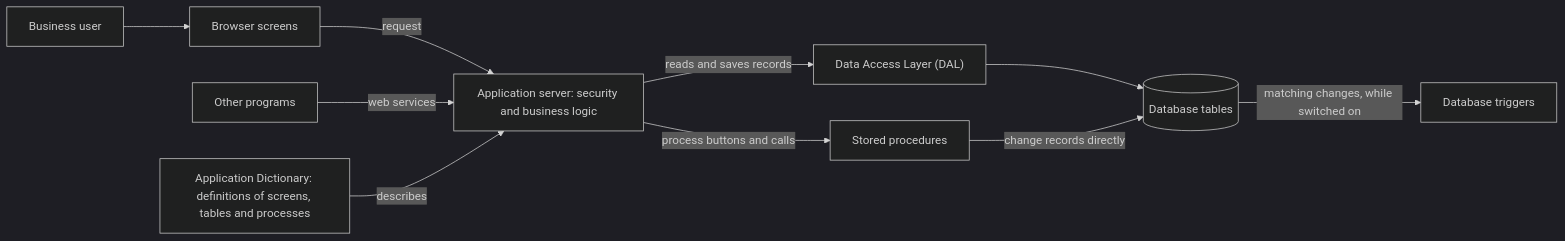
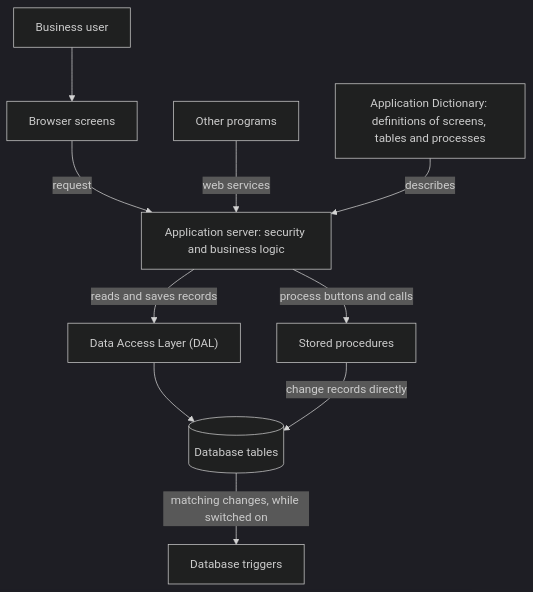
One commit to blitzy-public-samples/openbravo-erp changed the diagram in docs/00-overview.md. Above: the diagram before and after it, drawn with Mermaid (dark theme). The commit also changed other lines of this file, not shown here.

First line of the commit message:
docs: clarify wording, counts and diagram layout in the plain-language overview

````diff
--- a/docs/00-overview.md
+++ b/docs/00-overview.md
@@ -83,12 +83,12 @@
 ```mermaid
-flowchart LR
+flowchart TD
   U["Business user"] --> B["Browser screens"]
   B -->|"request"| S["Application server: security and business logic"]
   X["Other programs"] -->|"web services"| S
   AD["Application Dictionary: definitions of screens, tables and processes"] -->|"describes"| S
   S -->|"reads and saves records"| DAL["Data Access Layer (DAL)"]
   DAL --> DB[("Database tables")]
   S -->|"process buttons and calls"| SP["Stored procedures"]
   SP -->|"change records directly"| DB
   DB -->|"matching changes, while switched on"| T["Database triggers"]
 ```
````
